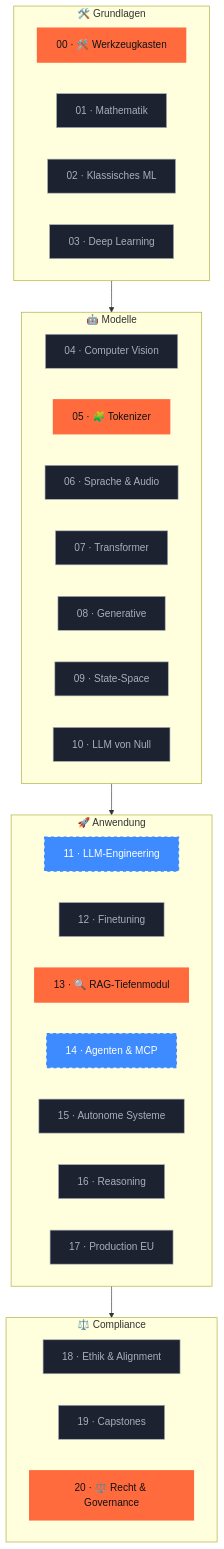
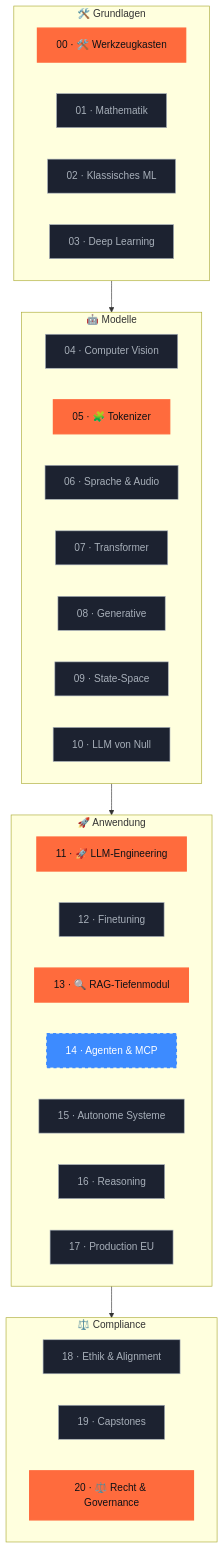
Before and after one commit to s-a-s-k-i-a/ki-engineering-werkstatt: the second of 3 diagrams in README.md, drawn with Mermaid. The commit also changed 18 other files, not shown here.

First line of the commit message:
feat(phase-11): voll ausgearbeitetes LLM-Engineering-Modul

````diff
--- a/README.md
+++ b/README.md
@@ -242,45 +242,45 @@
 ```mermaid
 flowchart TB
   subgraph G[" 🛠️ Grundlagen "]
     direction LR
     P00[00 · 🛠️ Werkzeugkasten]:::done
     P01[01 · Mathematik]:::planned
     P02[02 · Klassisches ML]:::planned
     P03[03 · Deep Learning]:::planned
   end
 
   subgraph M[" 🤖 Modelle "]
     direction LR
     P04[04 · Computer Vision]:::planned
     P05[05 · 🧩 Tokenizer]:::done
     P06[06 · Sprache & Audio]:::planned
     P07[07 · Transformer]:::planned
     P08[08 · Generative]:::planned
     P09[09 · State-Space]:::planned
     P10[10 · LLM von Null]:::planned
   end
 
   subgraph A[" 🚀 Anwendung "]
     direction LR
-    P11[11 · LLM-Engineering]:::wip
+    P11[11 · 🚀 LLM-Engineering]:::done
     P12[12 · Finetuning]:::planned
     P13[13 · 🔍 RAG-Tiefenmodul]:::done
     P14[14 · Agenten & MCP]:::wip
     P15[15 · Autonome Systeme]:::planned
     P16[16 · Reasoning]:::planned
     P17[17 · Production EU]:::planned
   end
 
   subgraph C[" ⚖️ Compliance "]
     direction LR
     P18[18 · Ethik & Alignment]:::planned
     P19[19 · Capstones]:::planned
     P20[20 · ⚖️ Recht & Governance]:::done
   end
 
   G --> M --> A --> C
 
   classDef done fill:#FF6B3D,color:#0E1116,stroke:#FF6B3D,stroke-width:2px
   classDef wip fill:#3D8BFF,color:#FFF,stroke:#3D8BFF,stroke-width:2px,stroke-dasharray:5
   classDef planned fill:#1c2230,color:#A8B0BA,stroke:#A8B0BA,stroke-width:1px
 ```
````
